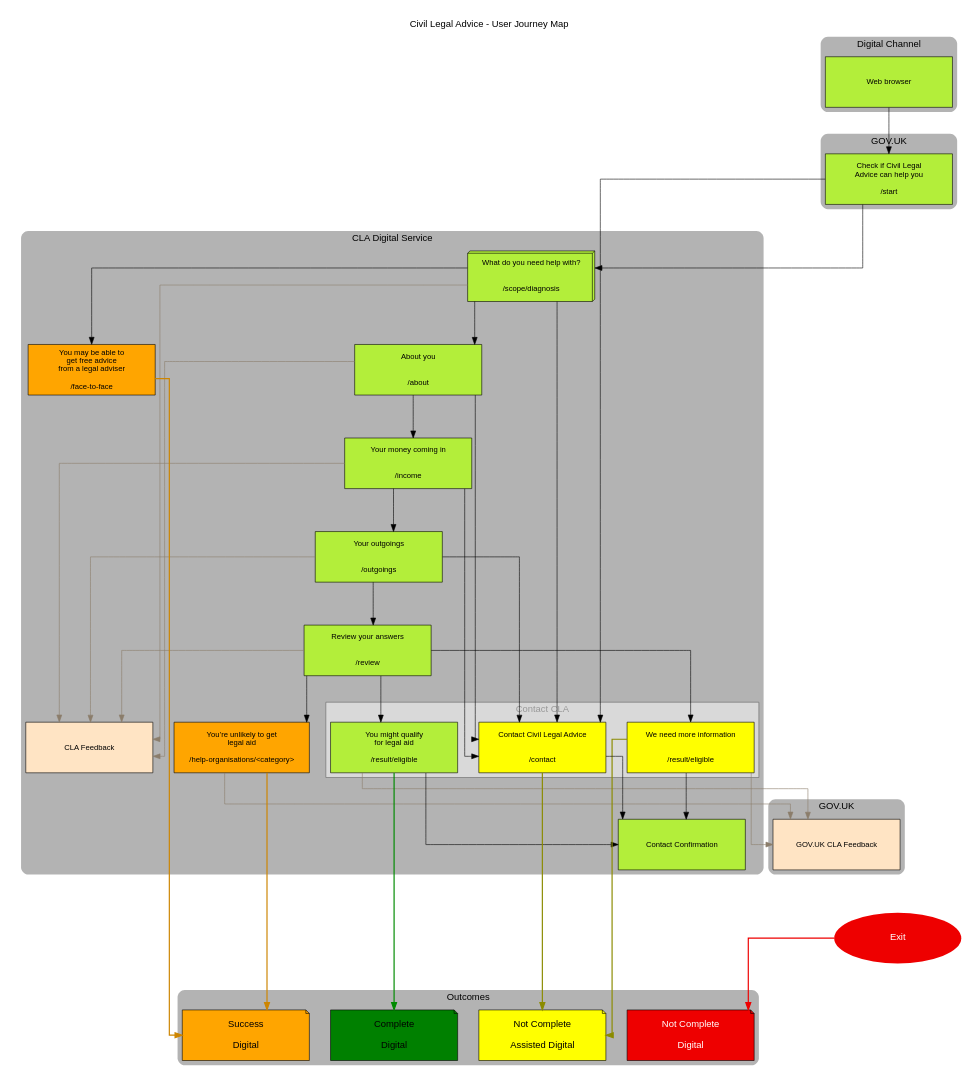
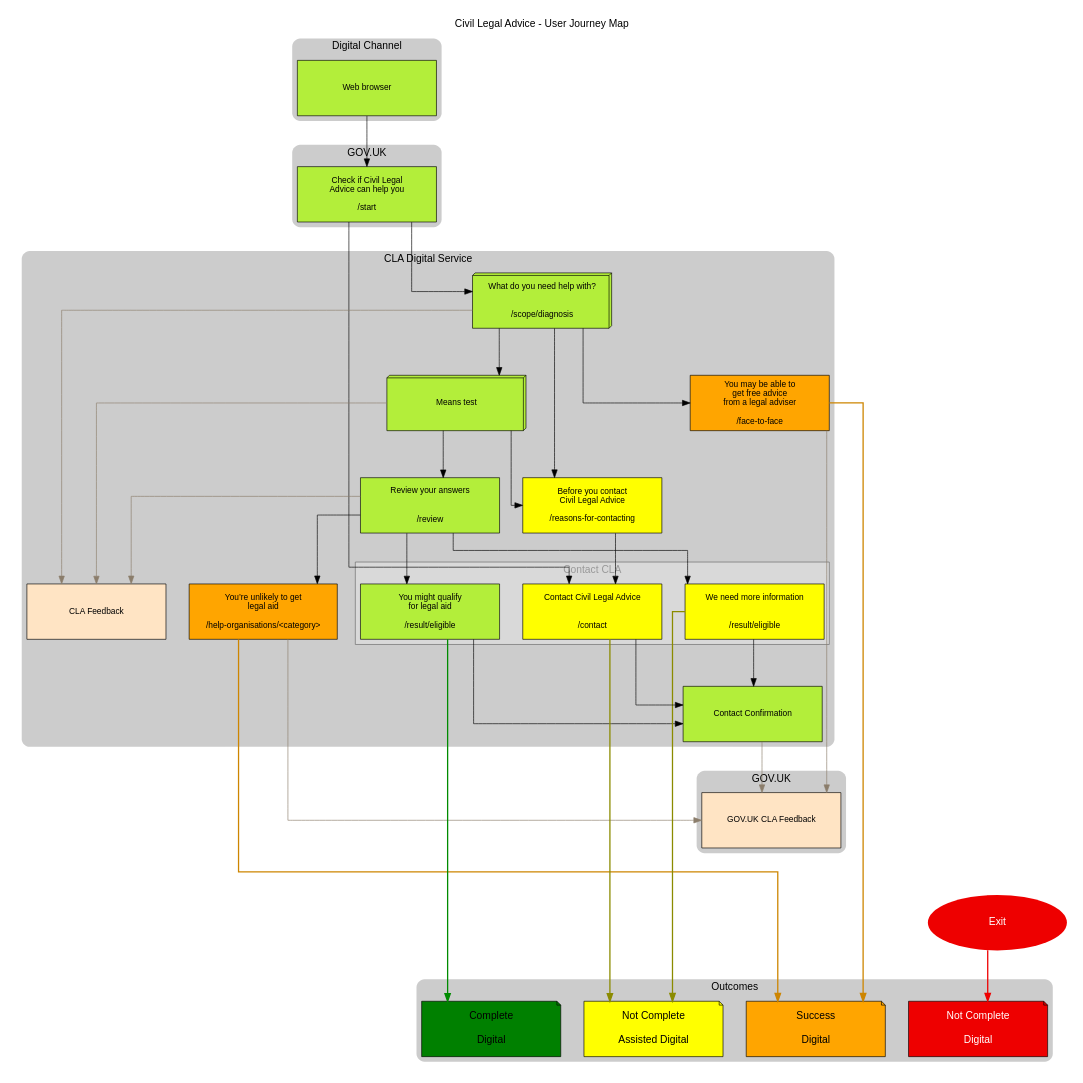
The diagram in cla-user-journey.gv (ministryofjustice/cla_public), drawn with Graphviz before and after one commit.

Commit message:
UX: Update graph connections and simplify graph

```diff
--- a/cla-user-journey.gv
+++ b/cla-user-journey.gv
@@ -1,150 +1,136 @@
 digraph Test {
 	compound 	= true
 	labelloc 	= "t"
 	ordering 	= "out"
 	splines 	= "ortho"
-	clusterrank = "local"
+//	clusterrank = "local"
 	nodesep		= .5
 	ranksep 	= .5
 
 	label 		= "Civil Legal Advice - User Journey Map"
 	fontsize	= 16
 	size 		= "8x11"
 
-	graph [ style="rounded, filled" fillcolor=grey70 fontname=Helvetica penwidth=0]
+	graph [ style="rounded, filled" fillcolor=grey80 fontname=Helvetica penwidth=0]
 	node [ shape=box style=filled fillcolor=olivedrab2 fontname=Helvetica fontsize=13 height=1.2 width=3 ]
 	edge [ minlen=2 arrowsize=1.2 ]
 
 	subgraph cluster_digital_channel {
 		label="Digital Channel"
 
 		Browser [ label = "Web browser" ]
 	}
 
 	subgraph cluster_govuk_start {
 		label = "GOV.UK"
 
 		CLA_Start [ label="Check if Civil Legal\nAdvice can help you\n\n/start" ]
 	}
 
 	subgraph cluster_govuk_end {
 		label = "GOV.UK"
 
 		GOVUK_CLA_Feedback [ label="GOV.UK CLA Feedback" fillcolor=bisque ]
 	}
 
 	subgraph cluster_cla_digital_service {
 		label="CLA Digital Service"
 
-		CLA_Scope_Diagnosis [ shape=box3d label="What do you need help with?\n\n\n/scope/diagnosis" ]
+        CLA_Scope_Diagnosis [ shape=box3d label="What do you need help with?\n\n\n/scope/diagnosis" ]
+		CLA_Means_Test [ shape=box3d label="Means test" ]
 
-		CLA_About_You [ label="About you\n\n\n/about" ]
-		CLA_Income [ label="Your money coming in\n\n\n/income" ]
-		CLA_Outgoings [ label="Your outgoings\n\n\n/outgoings" ]
 		CLA_Review_Answers [ label="Review your answers\n\n\n/review" ]
 
 		CLA_Result_Ineligible [ label="You’re unlikely to get\nlegal aid\n\n/help-organisations/<category>" fillcolor=orange ]
 		CLA_Result_Face_To_Face [ label="You may be able to\nget free advice\nfrom a legal adviser\n\n/face-to-face" fillcolor=orange ]
 
 		subgraph cluster_contact {
 			label = "Contact CLA"
 			style="filled"
 			penwidth=1
 			color=grey40
 			fontcolor=grey60
 			fillcolor=grey85
 
 			CLA_Result_Eligible [ label="You might qualify\nfor legal aid\n\n/result/eligible" ]
 			CLA_Result_Eligible_More_Info [ label="We need more information\n\n\n/result/eligible" fillcolor=yellow ]
 			CLA_Contact [ label="Contact Civil Legal Advice\n\n\n/contact" fillcolor=yellow ]
 		}
 
+        CLA_Reasons_For_Contacting [ label="Before you contact\nCivil Legal Advice\n\n/reasons-for-contacting" fillcolor=yellow ]
+
 		CLA_Contact_Confirmation [ label="Contact Confirmation" ]
 		CLA_Feedback [ label="CLA Feedback" fillcolor=bisque ]
 	}
-
-	Exit [ shape=oval fontcolor=white fontsize=16 label="Exit" fillcolor=red2 penwidth=0 ]
 
 	subgraph cluster_confirmation {
 		label = "Outcomes"
 
 		Not_Complete_Digital [ shape=note fontcolor=white fontsize=16 label="Not Complete\n\nDigital" fillcolor=red2 ]
 		Not_Complete_Assisted_Digital [ shape=note fontsize=16 label="Not Complete\n\nAssisted Digital" fillcolor=yellow ]
 		Complete_Digital [ shape=note fontsize=16 label="Complete\n\nDigital" fillcolor=green ]
 		Success_Digital [ shape=note fontsize=16 label="Success\n\nDigital" fillcolor=orange ]
 	}
+
+    Exit [ shape=oval fontcolor=white fontsize=16 label="Exit" fillcolor=red2 penwidth=0 ]
 
 
 	// Connections
 	// -----------
 
 	// Digital journey start
 	Browser -> CLA_Start
 
 	// GOV.UK journey
 	CLA_Start -> CLA_Scope_Diagnosis
 	CLA_Start -> CLA_Contact
 
 	// CLA in scope
-	CLA_Scope_Diagnosis
-		-> CLA_About_You
-		-> CLA_Income
-		-> CLA_Outgoings
-		-> CLA_Review_Answers
+	CLA_Scope_Diagnosis -> CLA_Means_Test -> CLA_Review_Answers
 
 	// Outcomes
 	CLA_Review_Answers -> {
 		CLA_Result_Eligible
 		CLA_Result_Eligible_More_Info
 		CLA_Result_Ineligible
 	}
 
 	// User journey problem (skip to contact)
-	{
-		CLA_Scope_Diagnosis
-		CLA_About_You
-		CLA_Income
-		CLA_Outgoings
-	} -> CLA_Contact
+	{ CLA_Scope_Diagnosis, CLA_Means_Test } -> CLA_Reasons_For_Contacting
+    CLA_Reasons_For_Contacting -> CLA_Contact
 
 	// Confirmations
 	CLA_Result_Eligible -> CLA_Contact_Confirmation
 	CLA_Result_Eligible_More_Info -> CLA_Contact_Confirmation
 	CLA_Contact -> CLA_Contact_Confirmation
 
 	// Out of scope
 	CLA_Scope_Diagnosis -> CLA_Result_Face_To_Face
 
 	// CLA Feedback
-	{
-		CLA_Scope_Diagnosis
-		CLA_About_You
-		CLA_Income
-		CLA_Outgoings
-		CLA_Review_Answers
-	} -> CLA_Feedback [ color=bisque4 ]
+	{ CLA_Scope_Diagnosis, CLA_Means_Test, CLA_Review_Answers } -> CLA_Feedback [ color=bisque4 ]
 
 	// GOV.UK CLA Feedback
 	{
-		CLA_Result_Eligible
-		CLA_Result_Eligible_More_Info
-		CLA_Result_Ineligible
+		CLA_Result_Face_To_Face
+		CLA_Contact_Confirmation
+        CLA_Result_Ineligible
 	} -> GOVUK_CLA_Feedback [ color=bisque4]
 
 	// Not Complete - user 'bails'
-	CLA_Start -> Exit [ style=invis ]
+	//CLA_Start -> Exit [ style=invis ]
 	CLA_Scope_Diagnosis -> Exit [ style=invis ]
 	GOVUK_CLA_Feedback -> Exit [ style=invis ]
 
 	// Outcome categories
 	Exit -> Not_Complete_Digital [ color=red2 style=bold ]
 	CLA_Result_Eligible -> Complete_Digital [ color=green4 style=bold ]
 	{
 		CLA_Result_Eligible_More_Info
 		CLA_Contact
 	} -> Not_Complete_Assisted_Digital [ color=yellow4 style=bold ]
 	{
 		CLA_Result_Ineligible
 		CLA_Result_Face_To_Face
 	} -> Success_Digital [ color=orange3 style=bold ]
 }
```
